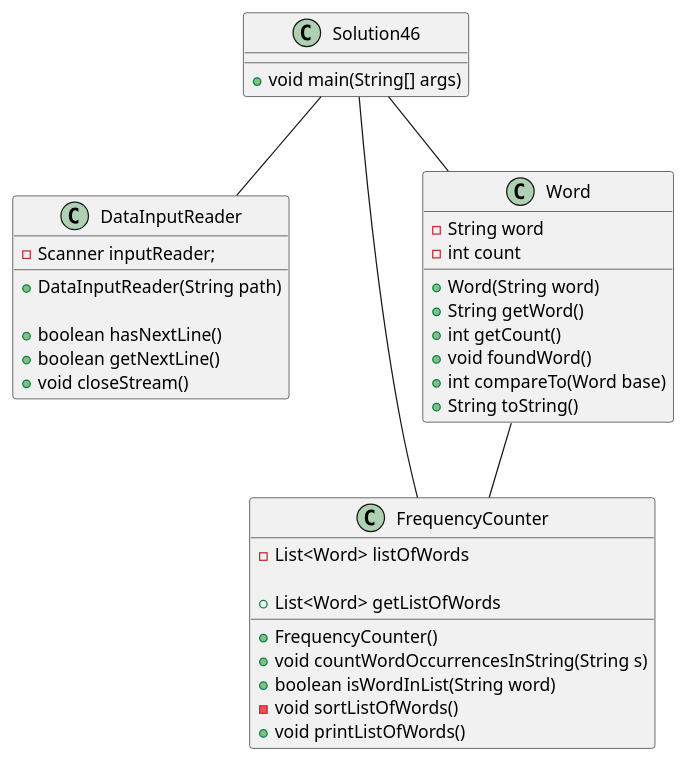
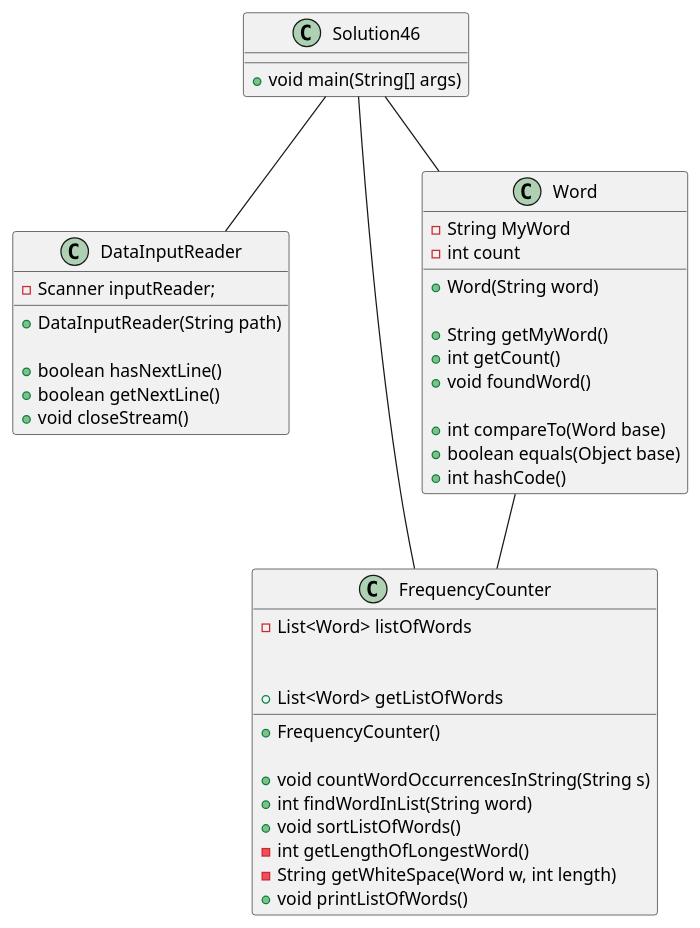
One commit to jkglaspey/glaspey-a04 changed the diagram in exercise46/docs/Solution46UMLDiagram.puml. Above: the diagram before and after it, drawn with PlantUML. The commit also changed 6 other files, not shown here.

```diff
--- a/exercise46/docs/Solution46UMLDiagram.puml
+++ b/exercise46/docs/Solution46UMLDiagram.puml
@@ -1,53 +1,59 @@
 @startuml
 
 class DataInputReader {
 ' Instance variable references a stream to input file
 -Scanner inputReader;
 
 ' Constructor initializes stream to input file
 +DataInputReader(String path)
 
 +boolean hasNextLine()
 +boolean getNextLine()
 +void closeStream()
 }
 
 class FrequencyCounter {
 ' Instance variable stores a list of each word
 -List<Word> listOfWords
 
 ' Constructor initializes a list for words
 +FrequencyCounter()
+
 +void countWordOccurrencesInString(String s)
-+boolean isWordInList(String word)
++int findWordInList(String word)
 +List<Word> getListOfWords
--void sortListOfWords()
++void sortListOfWords()
+-int getLengthOfLongestWord()
+-String getWhiteSpace(Word w, int length)
 +void printListOfWords()
 }
 
 class Word {
 ' Instance variable stores String for word and number of occurrences
--String word
+-String MyWord
 -int count
 
 ' Constructor saves word and initializes values
 +Word(String word)
-+String getWord()
+
++String getMyWord()
 +int getCount()
 +void foundWord()
+
 ' We are overriding compareTo from ArrayList
 +int compareTo(Word base)
-' We are overriding toString from ArrayList
-+String toString()
+' We are overriding extra methods from Comparable implementation
++boolean equals(Object base)
++int hashCode()
 }
 
 class Solution46 {
 +void main(String[] args)
 }
 
 Solution46 -- Word
 Solution46 -- FrequencyCounter
 Solution46 -- DataInputReader
 Word -- FrequencyCounter
 
 @enduml
```
